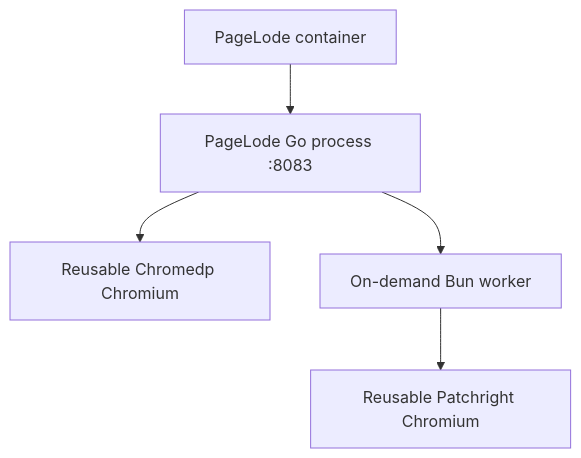
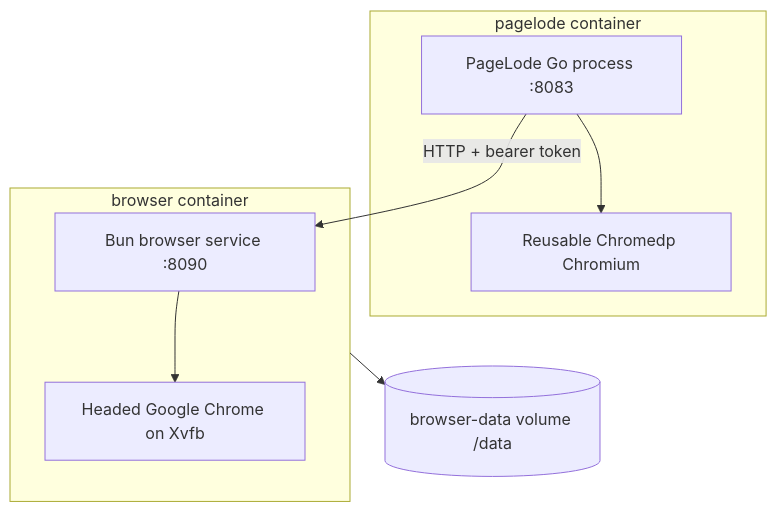
One commit to simonbalfe/pagelode changed the seventh of 8 diagrams in docs/architecture.md. Above: the diagram before and after it, drawn with Mermaid. The commit also changed other lines of this file and 10 other files, not shown here.

First line of the commit message:
Document the browser service architecture

````diff
--- a/docs/architecture.md
+++ b/docs/architecture.md
@@ -276,8 +262,11 @@
 ```mermaid
 flowchart TB
-    Container[PageLode container]
-    Container --> Go[PageLode Go process :8083]
-    Go --> ChromedpBrowser[Reusable Chromedp Chromium]
-    Go --> Worker[On-demand Bun worker]
-    Worker --> PatchBrowser[Reusable Patchright Chromium]
+    subgraph PL[pagelode container]
+        Go[PageLode Go process :8083] --> ChromedpBrowser[Reusable Chromedp Chromium]
+    end
+    subgraph BR[browser container]
+        Service[Bun browser service :8090] --> Chrome[Headed Google Chrome on Xvfb]
+    end
+    Go -->|HTTP + bearer token| Service
+    BR --> Volume[(browser-data volume /data)]
 ```
````
